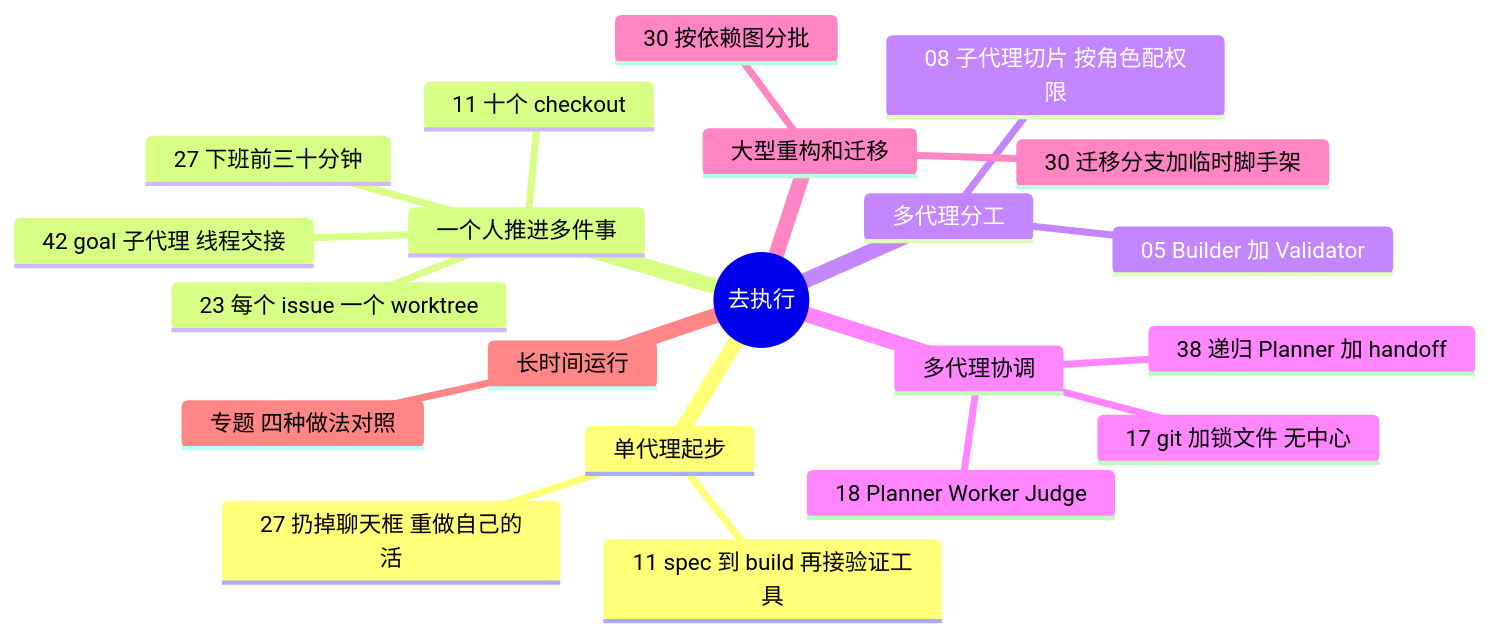
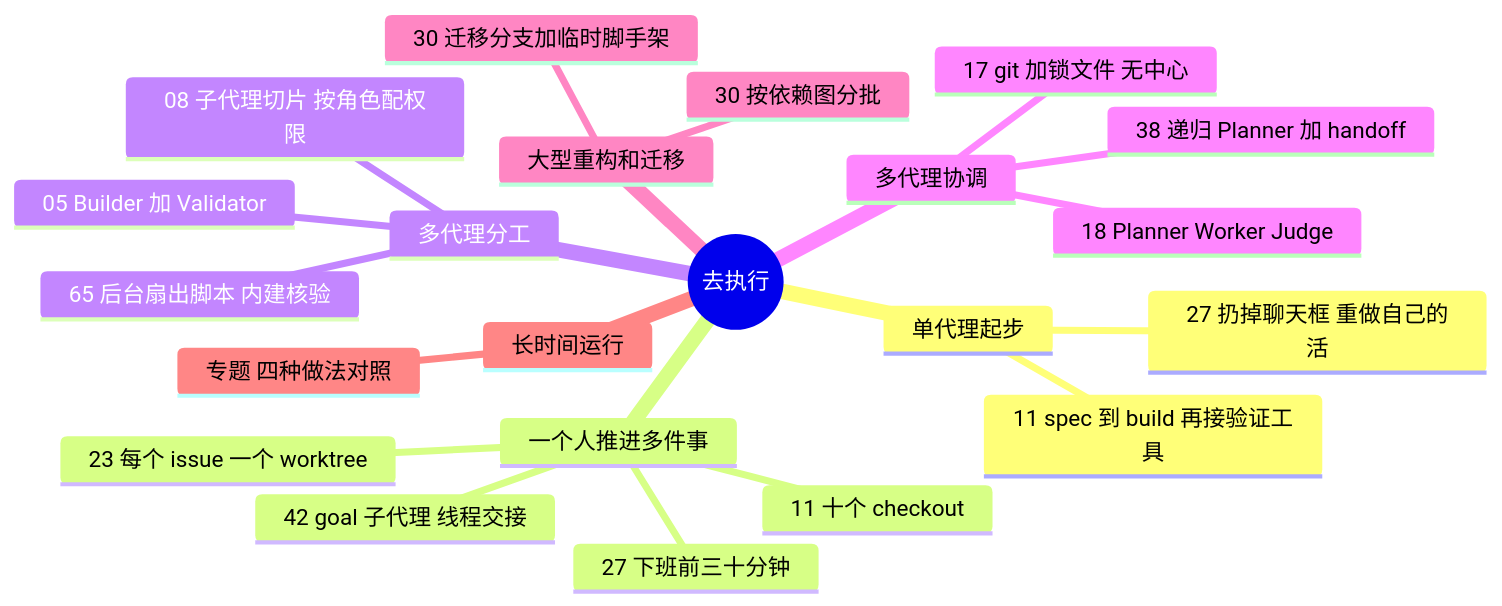
Before and after one commit to yzw7489757/ai-coding-videos: the diagram in docs/guide/execution.md, drawn with Mermaid. The commit also changed other lines of this file and 17 other files, not shown here.

````diff
--- a/docs/guide/execution.md
+++ b/docs/guide/execution.md
@@ -13,24 +13,25 @@
 ```mermaid
 mindmap
   root((去执行))
     单代理起步
       27 扔掉聊天框 重做自己的活
       11 spec 到 build 再接验证工具
     一个人推进多件事
       42 goal 子代理 线程交接
       11 十个 checkout
       23 每个 issue 一个 worktree
       27 下班前三十分钟
     多代理分工
       05 Builder 加 Validator
       08 子代理切片 按角色配权限
+      65 后台扇出脚本 内建核验
     多代理协调
       17 git 加锁文件 无中心
       18 Planner Worker Judge
       38 递归 Planner 加 handoff
     大型重构和迁移
       30 按依赖图分批
       30 迁移分支加临时脚手架
     长时间运行
       专题 四种做法对照
 ```
````
